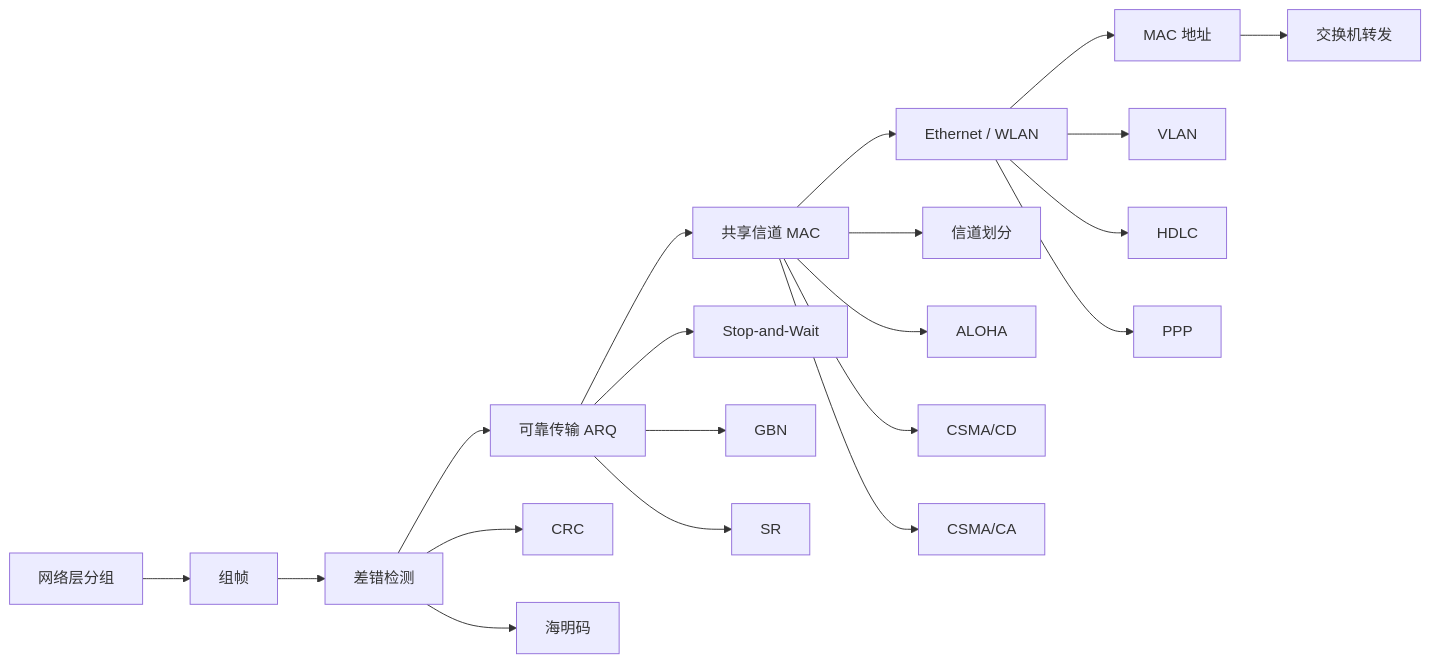
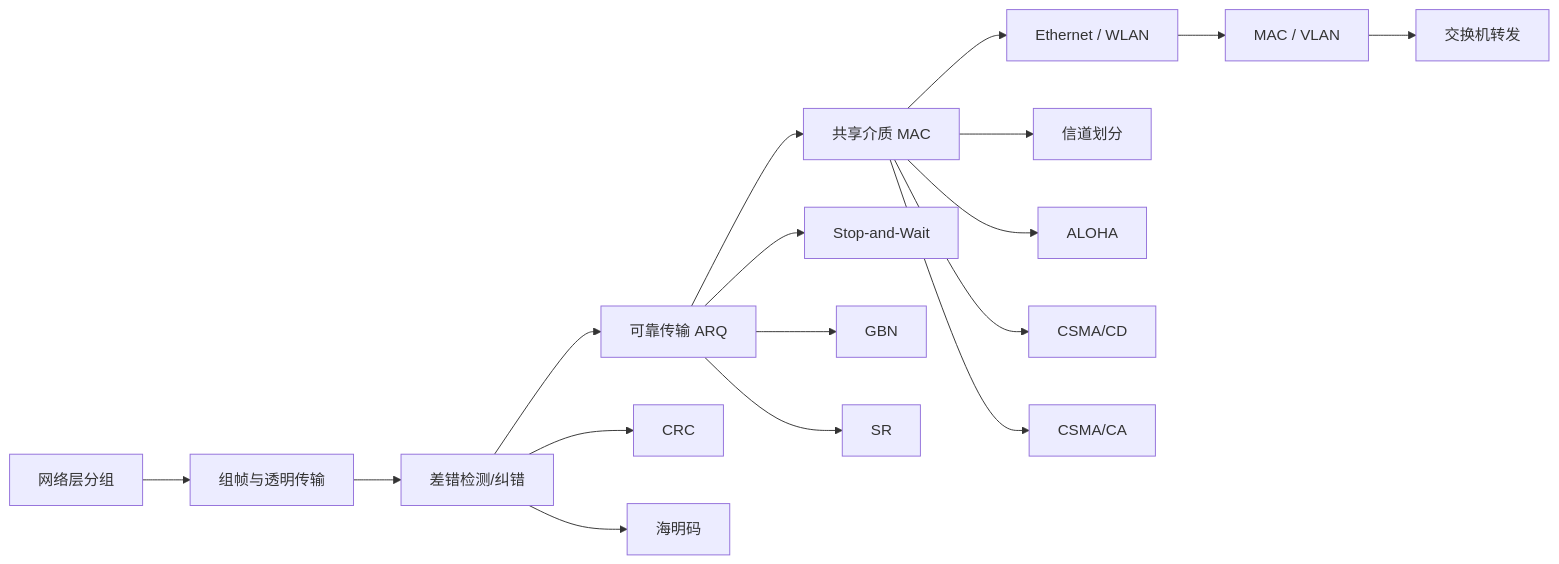
The diagram in content/docs/408/knowledge2/computer_network/03-data-link-layer/04-switch-bridge-summary.mdx (ActiveInsighter/fumadocs-study), drawn with Mermaid before and after one commit. The commit also changed other lines of this file and 85 other files, not shown here.

````diff
--- a/content/docs/408/knowledge2/computer_network/03-data-link-layer/04-switch-bridge-summary.mdx
+++ b/content/docs/408/knowledge2/computer_network/03-data-link-layer/04-switch-bridge-summary.mdx
@@ -484,26 +296,20 @@
 ```mermaid
 flowchart LR
-    A[网络层分组] --> B[组帧]
-    B --> C[差错检测]
+    A[网络层分组] --> B[组帧与透明传输]
+    B --> C[差错检测/纠错]
     C --> D[可靠传输 ARQ]
-    D --> E[共享信道 MAC]
+    D --> E[共享介质 MAC]
     E --> F[Ethernet / WLAN]
-    F --> G[MAC 地址]
+    F --> G[MAC / VLAN]
     G --> H[交换机转发]
 
     C --> C1[CRC]
     C --> C2[海明码]
-
     D --> D1[Stop-and-Wait]
     D --> D2[GBN]
     D --> D3[SR]
-
     E --> E1[信道划分]
     E --> E2[ALOHA]
     E --> E3[CSMA/CD]
     E --> E4[CSMA/CA]
-
-    F --> F1[VLAN]
-    F --> F2[HDLC]
-    F --> F3[PPP]
 ```
````
